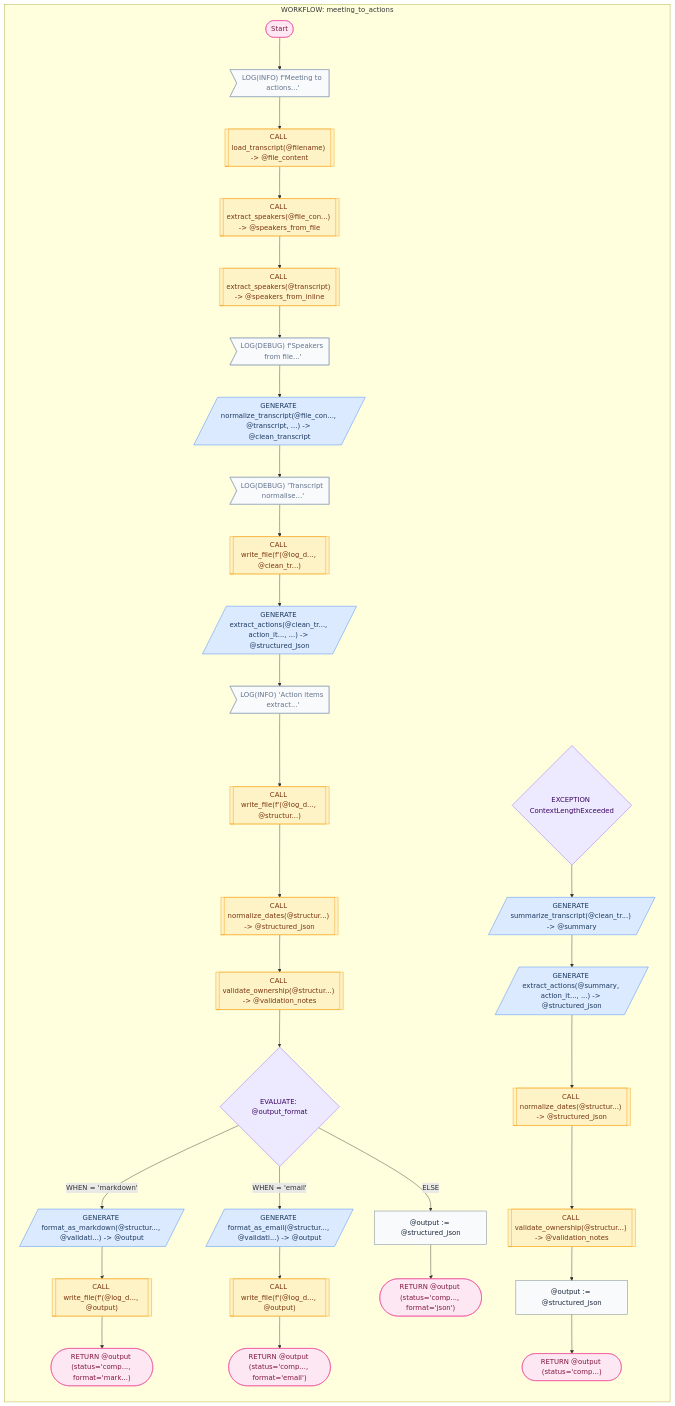
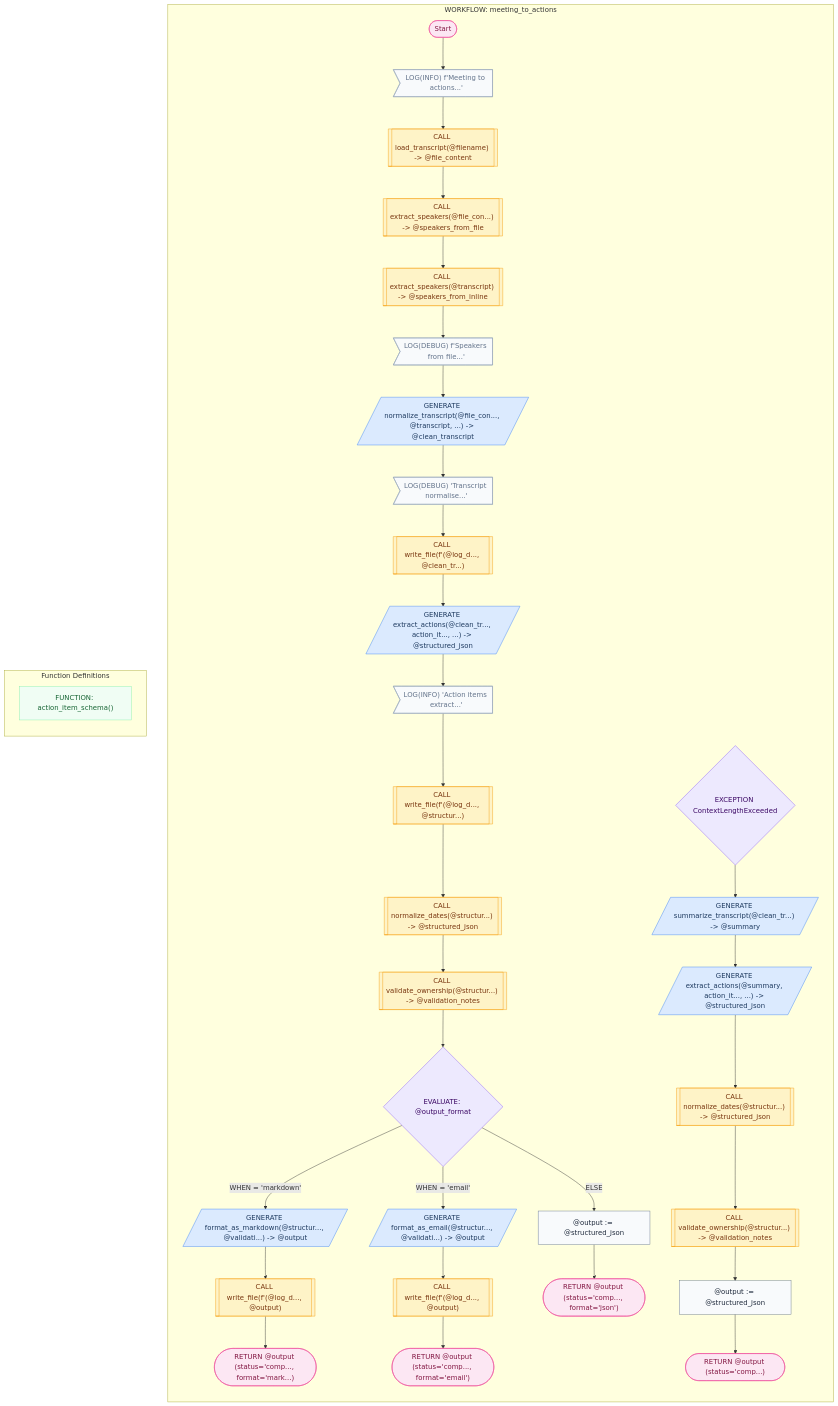
Before and after one commit to digital-duck/SPL.py: the diagram in cookbook/29_meeting_actions/mermaid/meeting_actions.mmd, drawn with Mermaid. The commit also changed 334 other files, not shown here.

```diff
--- a/cookbook/29_meeting_actions/mermaid/meeting_actions.mmd
+++ b/cookbook/29_meeting_actions/mermaid/meeting_actions.mmd
@@ -1,99 +1,104 @@
 flowchart TD
     subgraph SG_meeting_to_actions["WORKFLOW: meeting_to_actions"]
     direction TB
     START1(["Start"])
     LOG2>"LOG(INFO) f'Meeting to actions...'"]
     SUB3[["CALL load_transcript(@filename) -> @file_content"]]
     LOG2 --> SUB3
     SUB4[["CALL extract_speakers(@file_con...) -> @speakers_from_file"]]
     SUB3 --> SUB4
     SUB5[["CALL extract_speakers(@transcript) -> @speakers_from_inline"]]
     SUB4 --> SUB5
     LOG6>"LOG(DEBUG) f'Speakers from file...'"]
     SUB5 --> LOG6
     GEN7[/"GENERATE normalize_transcript(@file_con..., @transcript, ...) -> @clean_transcript"/]
     LOG6 --> GEN7
     LOG8>"LOG(DEBUG) 'Transcript normalise...'"]
     GEN7 --> LOG8
     SUB9[["CALL write_file(f'(@log_d..., @clean_tr...)"]]
     LOG8 --> SUB9
     GEN10[/"GENERATE extract_actions(@clean_tr..., action_it..., ...) -> @structured_json"/]
     SUB9 --> GEN10
     LOG11>"LOG(INFO) 'Action items extract...'"]
     GEN10 --> LOG11
     SUB12[["CALL write_file(f'(@log_d..., @structur...)"]]
     LOG11 --> SUB12
     SUB13[["CALL normalize_dates(@structur...) -> @structured_json"]]
     SUB12 --> SUB13
     SUB14[["CALL validate_ownership(@structur...) -> @validation_notes"]]
     SUB13 --> SUB14
     EVAL15{"EVALUATE: @output_format"}
     GEN17[/"GENERATE format_as_markdown(@structur..., @validati...) -> @output"/]
     SUB18[["CALL write_file(f'(@log_d..., @output)"]]
     GEN17 --> SUB18
     RET19(["RETURN @output (status='comp..., format='mark...)"])
     SUB18 --> RET19
     EVAL15 -->|"WHEN = 'markdown'"| GEN17
     GEN20[/"GENERATE format_as_email(@structur..., @validati...) -> @output"/]
     SUB21[["CALL write_file(f'(@log_d..., @output)"]]
     GEN20 --> SUB21
     RET22(["RETURN @output (status='comp..., format='email')"])
     SUB21 --> RET22
     EVAL15 -->|"WHEN = 'email'"| GEN20
     A23["@output := @structured_json"]
     RET24(["RETURN @output (status='comp..., format='json')"])
     A23 --> RET24
     EVAL15 -->|"ELSE"| A23
     SUB14 --> EVAL15
     START1 --> LOG2
     EXC25{"EXCEPTION ContextLengthExceeded"}
     GEN26[/"GENERATE summarize_transcript(@clean_tr...) -> @summary"/]
     GEN27[/"GENERATE extract_actions(@summary, action_it..., ...) -> @structured_json"/]
     GEN26 --> GEN27
     SUB28[["CALL normalize_dates(@structur...) -> @structured_json"]]
     GEN27 --> SUB28
     SUB29[["CALL validate_ownership(@structur...) -> @validation_notes"]]
     SUB28 --> SUB29
     A30["@output := @structured_json"]
     SUB29 --> A30
     RET31(["RETURN @output (status='comp...)"])
     A30 --> RET31
     EXC25 --> GEN26
     end
+    subgraph FUNCTIONS["Function Definitions"]
+    direction TB
+    FN32["FUNCTION: action_item_schema()"]
+    end
     class START1 term
     class LOG2 log
     class SUB3 proc
     class SUB4 proc
     class SUB5 proc
     class LOG6 log
     class GEN7 llm
     class LOG8 log
     class SUB9 proc
     class GEN10 llm
     class LOG11 log
     class SUB12 proc
     class SUB13 proc
     class SUB14 proc
     class EVAL15 ctrl
     class GEN17 llm
     class SUB18 proc
     class RET19 term
     class GEN20 llm
     class SUB21 proc
     class RET22 term
     class A23 assign
     class RET24 term
     class EXC25 ctrl
     class GEN26 llm
     class GEN27 llm
     class SUB28 proc
     class SUB29 proc
     class A30 assign
     class RET31 term
+    class FN32 fn
     classDef llm fill:#dbeafe,stroke:#3b82f6,color:#1e3a5f
     classDef proc fill:#fef3c7,stroke:#f59e0b,color:#78350f
     classDef ctrl fill:#ede9fe,stroke:#8b5cf6,color:#3b0764
     classDef term fill:#fce7f3,stroke:#ec4899,color:#831843
     classDef log fill:#f8fafc,stroke:#94a3b8,color:#64748b
     classDef fn fill:#f0fdf4,stroke:#86efac,color:#166534
     classDef assign fill:#f8fafc,stroke:#64748b,color:#1e293b
```
